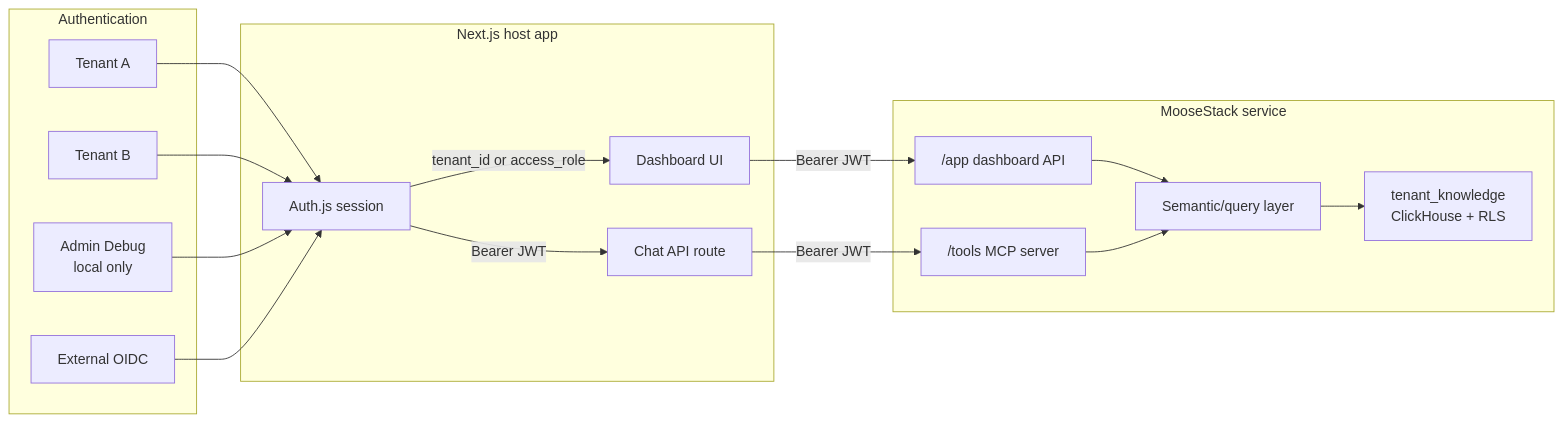
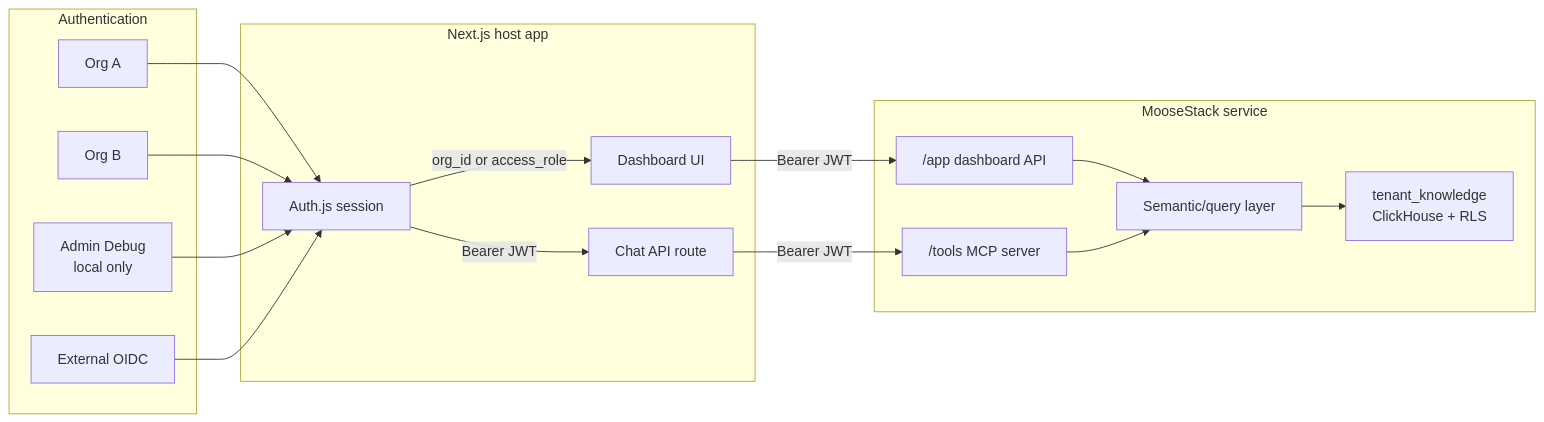
The diagram in apps/framework-docs-v2/content/guides/chat-in-your-app/tutorial.mdx (514-labs/moosestack), drawn with Mermaid before and after one commit. The commit also changed other lines of this file and 47 other files, not shown here.

````diff
--- a/apps/framework-docs-v2/content/guides/chat-in-your-app/tutorial.mdx
+++ b/apps/framework-docs-v2/content/guides/chat-in-your-app/tutorial.mdx
@@ -124,34 +124,34 @@
 ```mermaid
 flowchart LR
   subgraph Access["Authentication"]
-    TenantA["Tenant A"]
-    TenantB["Tenant B"]
+    TenantA["Org A"]
+    TenantB["Org B"]
     Admin["Admin Debug<br/>local only"]
     OIDC["External OIDC"]
   end
 
   subgraph Web["Next.js host app"]
     Auth["Auth.js session"]
     UI["Dashboard UI"]
     Chat["Chat API route"]
   end
 
   subgraph Moose["MooseStack service"]
     AppAPI["/app dashboard API"]
     MCP["/tools MCP server"]
     Query["Semantic/query layer"]
     Data["tenant_knowledge<br/>ClickHouse + RLS"]
   end
 
   TenantA --> Auth
   TenantB --> Auth
   Admin --> Auth
   OIDC --> Auth
-  Auth -->|tenant_id or access_role| UI
+  Auth -->|org_id or access_role| UI
   Auth -->|Bearer JWT| Chat
   UI -->|Bearer JWT| AppAPI
   Chat -->|Bearer JWT| MCP
   AppAPI --> Query
   MCP --> Query
   Query --> Data
 ```
````
